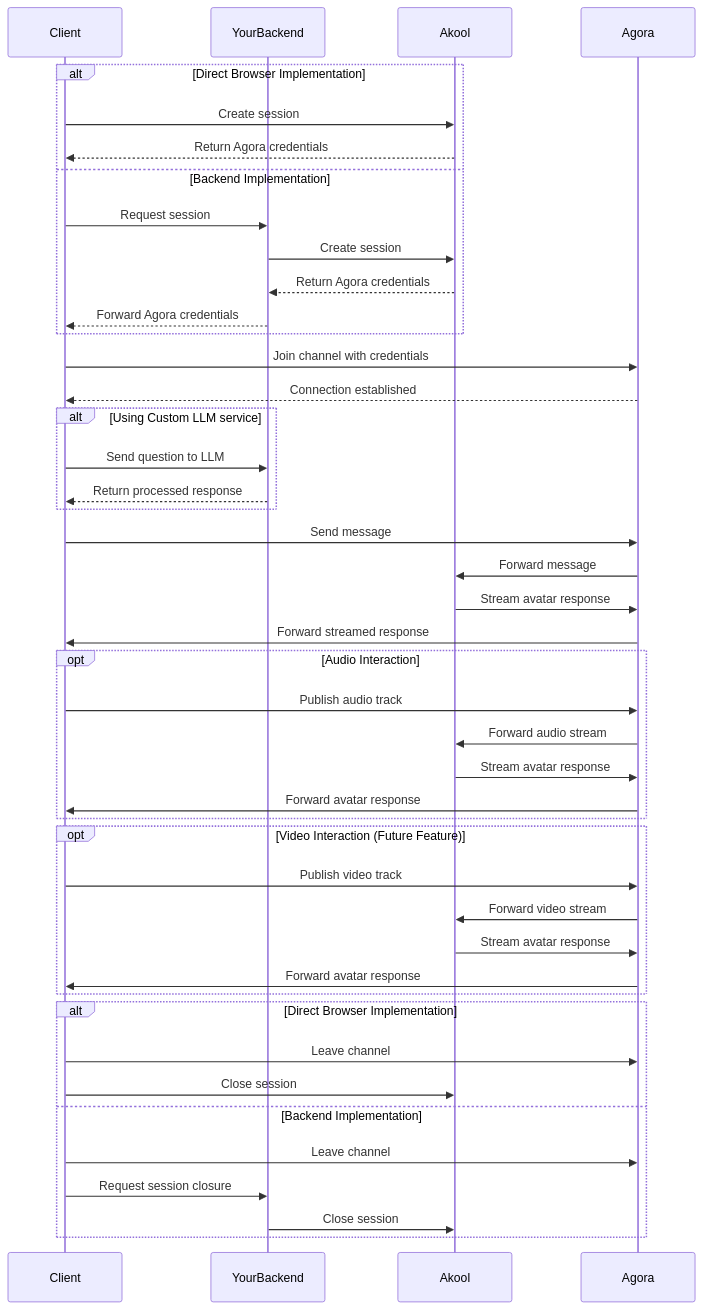
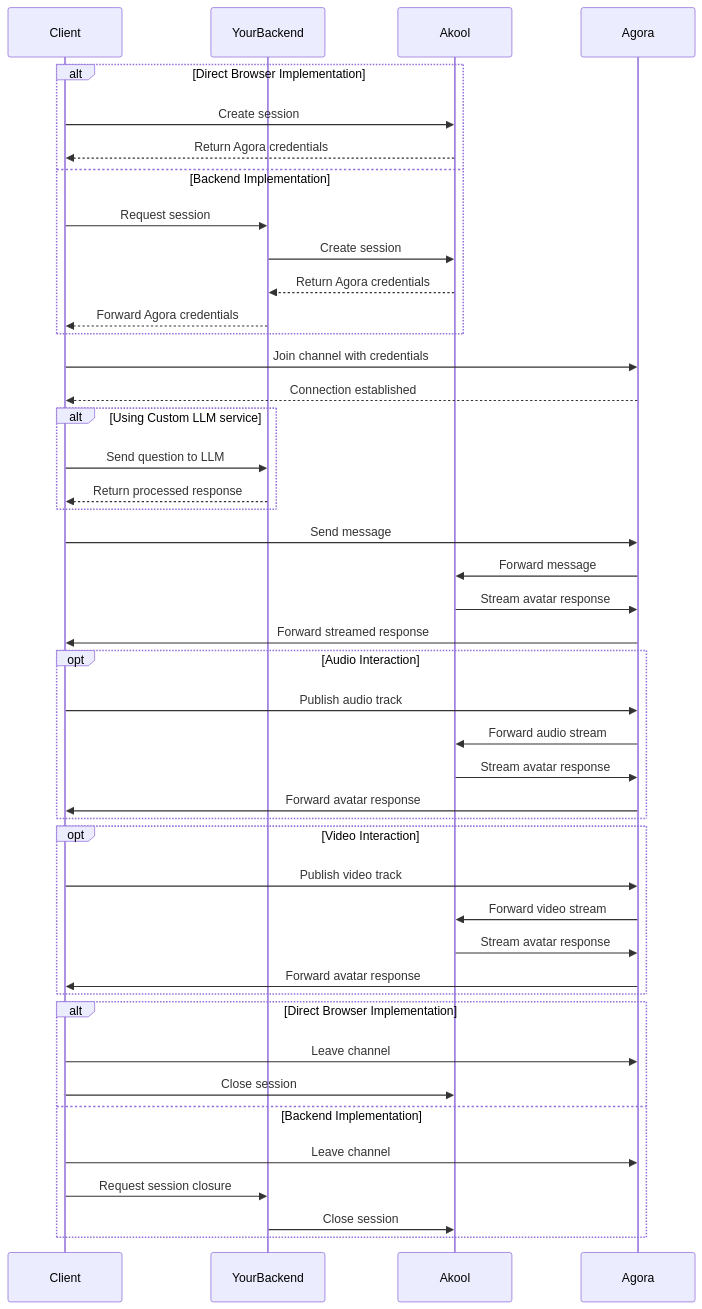
One commit to jinjuezhou/mintlify-docs changed the diagram in implementation-guide/streaming-avatar.mdx. Above: the diagram before and after it, drawn with Mermaid. The commit also changed other lines of this file, not shown here.

First line of the commit message:
feat: Introduce video interaction feature for streaming avatars

````diff
--- a/implementation-guide/streaming-avatar.mdx
+++ b/implementation-guide/streaming-avatar.mdx
@@ -56,62 +60,62 @@
 ```mermaid
 sequenceDiagram
     participant Client
     participant YourBackend
     participant Akool
     participant Agora
 
     %% Session Creation - Two Paths
     alt Direct Browser Implementation
         Client->>Akool: Create session
         Akool-->>Client: Return Agora credentials
     else Backend Implementation
         Client->>YourBackend: Request session
         YourBackend->>Akool: Create session
         Akool-->>YourBackend: Return Agora credentials
         YourBackend-->>Client: Forward Agora credentials
     end
 
     %% Agora Connection
     Client->>Agora: Join channel with credentials
     Agora-->>Client: Connection established
 
     %% Optional LLM Integration
     alt Using Custom LLM service
         Client->>YourBackend: Send question to LLM
         YourBackend-->>Client: Return processed response
     end
 
     %% Message Flow
     Client->>Agora: Send message
     Agora->>Akool: Forward message
     
     %% Response Flow
     Akool->>Agora: Stream avatar response
     Agora->>Client: Forward streamed response
 
     %% Audio Flow (Optional)
     opt Audio Interaction
         Client->>Agora: Publish audio track
         Agora->>Akool: Forward audio stream
         Akool->>Agora: Stream avatar response
         Agora->>Client: Forward avatar response
     end
 
-    %% Video Flow (Coming Soon)
-    opt Video Interaction (Future Feature)
+    %% Video Flow
+    opt Video Interaction
         Client->>Agora: Publish video track
         Agora->>Akool: Forward video stream
         Akool->>Agora: Stream avatar response
         Agora->>Client: Forward avatar response
     end
 
     %% Cleanup - Two Paths
     alt Direct Browser Implementation
         Client->>Agora: Leave channel
         Client->>Akool: Close session
     else Backend Implementation
         Client->>Agora: Leave channel
         Client->>YourBackend: Request session closure
         YourBackend->>Akool: Close session
     end
 ```
````
